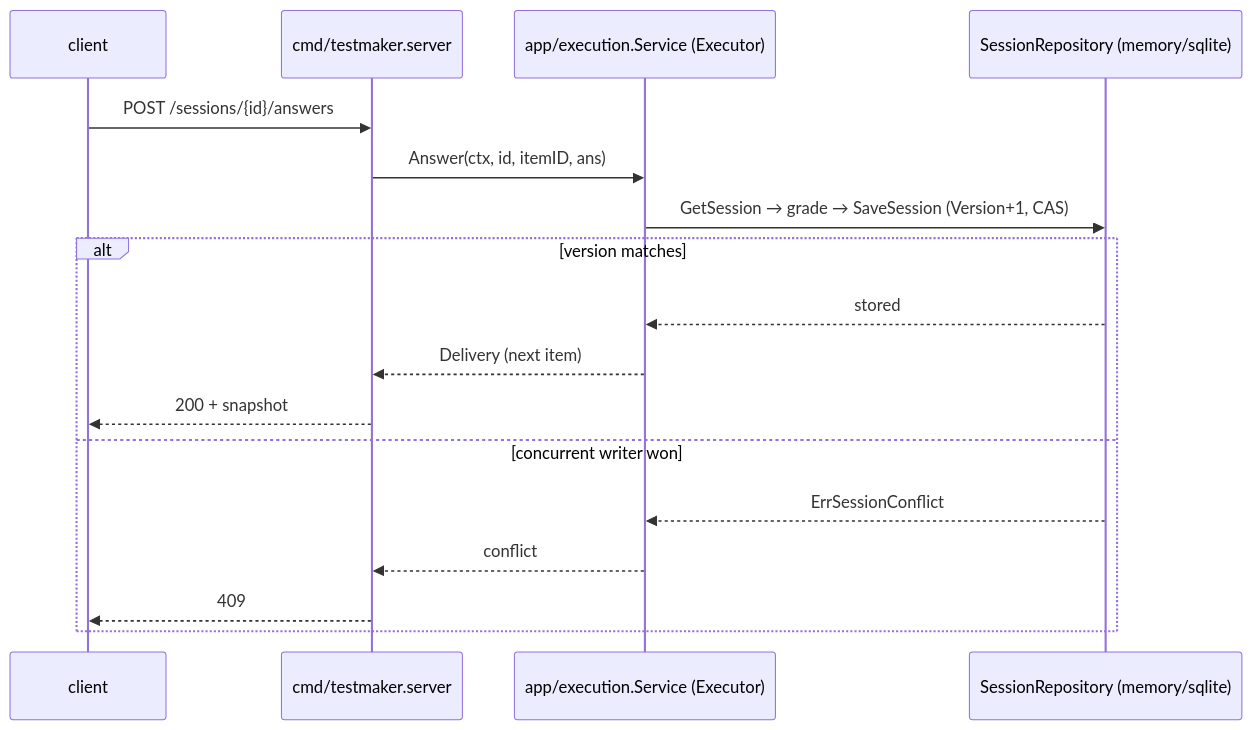
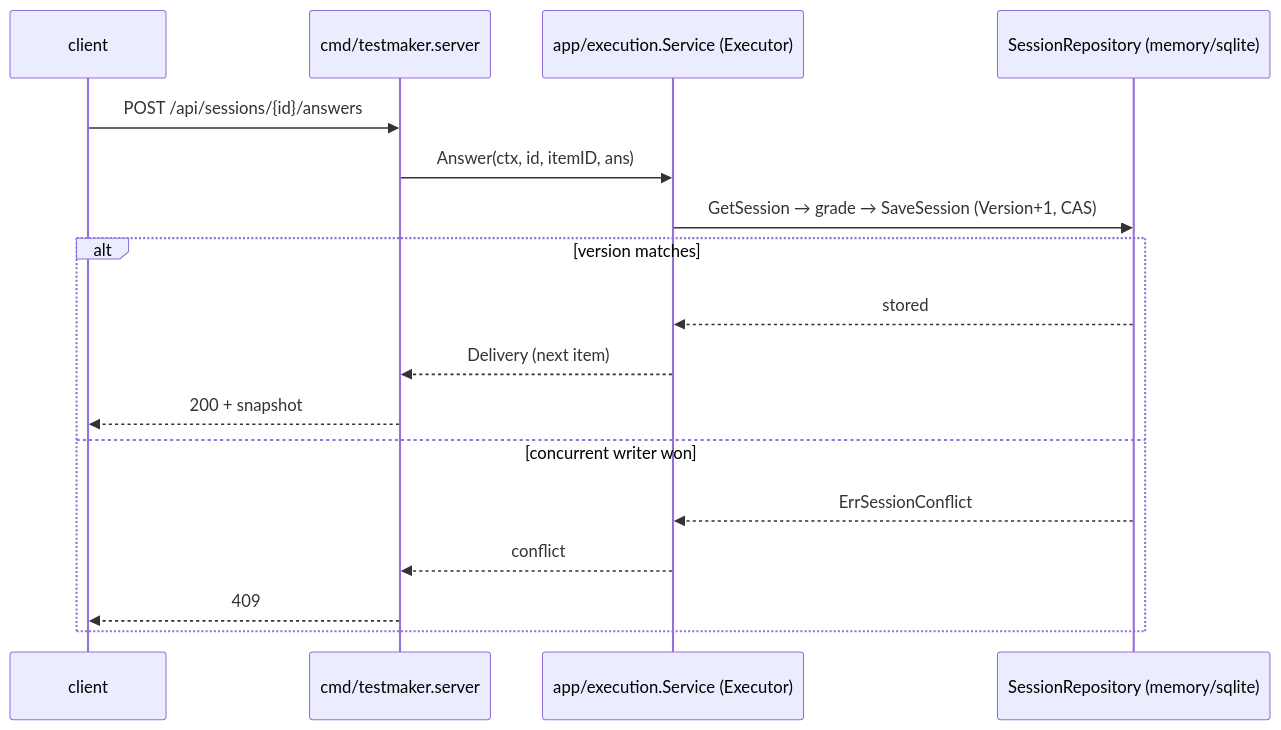
One commit to mariotoffia/testmaker changed the third of 3 diagrams in ARCHITECTURE.md. Above: the diagram before and after it, drawn with Mermaid. The commit also changed other lines of this file and 14 other files, not shown here.

````diff
--- a/ARCHITECTURE.md
+++ b/ARCHITECTURE.md
@@ -293,19 +305,19 @@
 ```mermaid
 sequenceDiagram
   participant HTTP as client
   participant SRV as cmd/testmaker.server
   participant EXE as app/execution.Service (Executor)
   participant REPO as SessionRepository (memory/sqlite)
-  HTTP->>SRV: POST /sessions/{id}/answers
+  HTTP->>SRV: POST /api/sessions/{id}/answers
   SRV->>EXE: Answer(ctx, id, itemID, ans)
   EXE->>REPO: GetSession → grade → SaveSession (Version+1, CAS)
   alt version matches
     REPO-->>EXE: stored
     EXE-->>SRV: Delivery (next item)
     SRV-->>HTTP: 200 + snapshot
   else concurrent writer won
     REPO-->>EXE: ErrSessionConflict
     EXE-->>SRV: conflict
     SRV-->>HTTP: 409
   end
 ```
````
